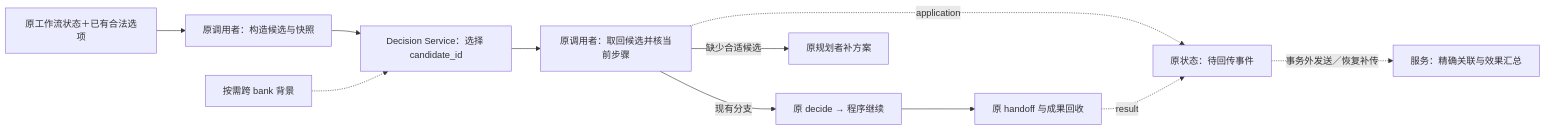
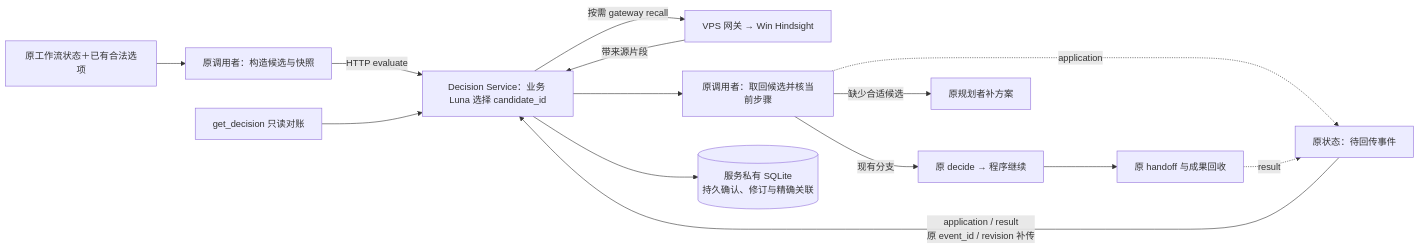
The second of 3 diagrams in docs/project-workflow-development.md (CF-FE/herdr-4-codexcloud), drawn with Mermaid before and after one commit. The commit also changed other lines of this file and 16 other files, not shown here.

Commit message:
docs: align architecture and model policy adoption boundaries

````diff
--- a/docs/project-workflow-development.md
+++ b/docs/project-workflow-development.md
@@ -78,13 +78,16 @@
 ```mermaid
 flowchart LR
     S["原工作流状态＋已有合法选项"] --> C["原调用者：构造候选与快照"]
-    C --> D["Decision Service：选择 candidate_id"]
-    M["按需跨 bank 背景"] -.-> D
+    C -->|"HTTP evaluate"| D["Decision Service：业务 Luna 选择 candidate_id"]
+    D -->|"按需 gateway recall"| M["VPS 网关 → Win Hindsight"]
+    M -->|"带来源片段"| D
     D --> A["原调用者：取回候选并核当前步骤"]
     A -->|"现有分支"| W["原 decide → 程序继续"]
     A -->|"缺少合适候选"| P["原规划者补方案"]
     W --> H["原 handoff 与成果回收"]
     A -.->|"application"| F["原状态：待回传事件"]
     H -.->|"result"| F
-    F -.->|"事务外发送／恢复补传"| E["服务：精确关联与效果汇总"]
+    F -->|"application / result<br/>原 event_id / revision 补传"| D
+    D --> E[("服务私有 SQLite<br/>持久确认、修订与精确关联")]
+    Q["get_decision 只读对账"] --> D
 ```
````
